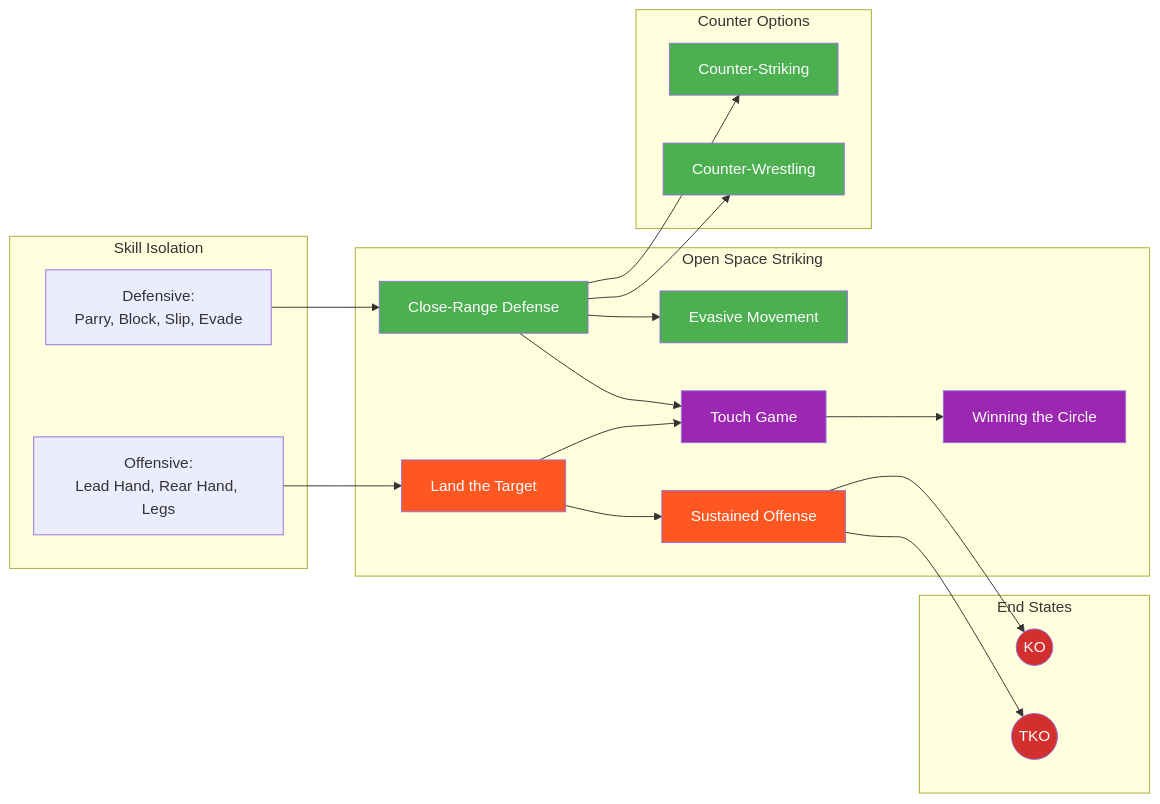
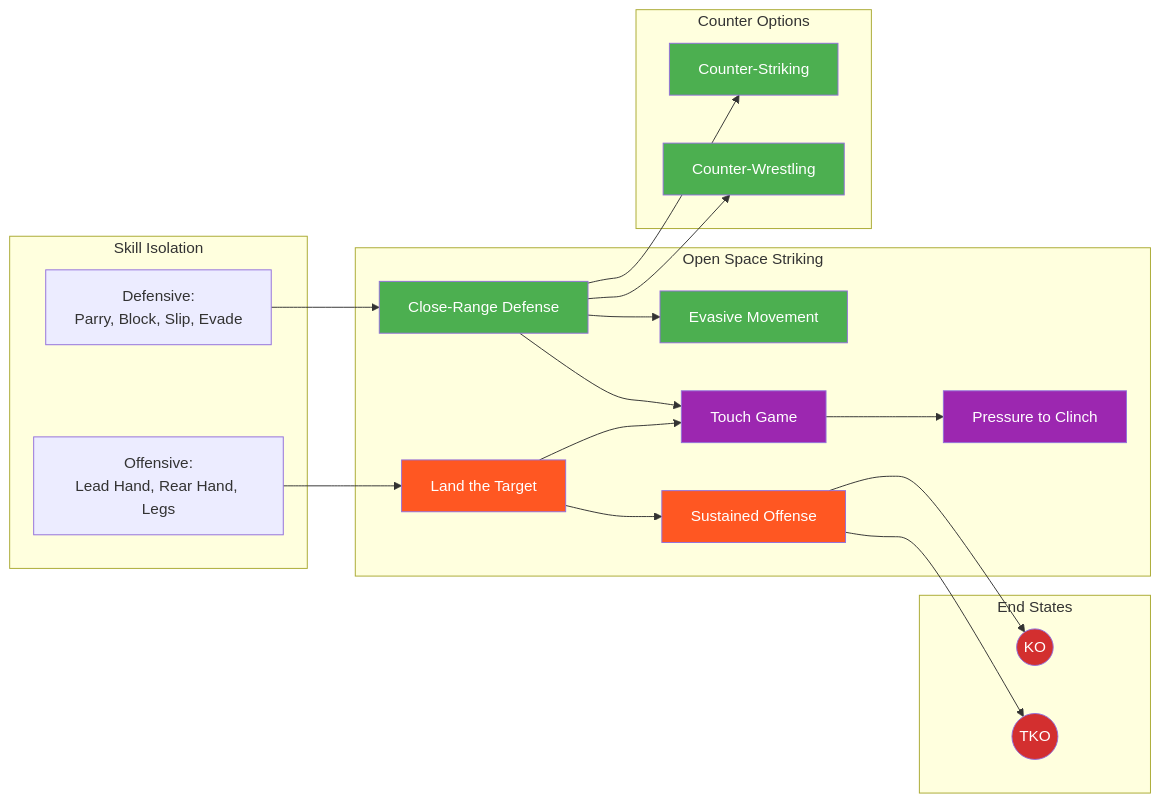
Before and after one commit to ACalienes/Ecological-MMA-Game-System: the third of 7 diagrams in docs/system/map.md, drawn with Mermaid. The commit also changed other lines of this file and 62 other files, not shown here.

````diff
--- a/docs/system/map.md
+++ b/docs/system/map.md
@@ -275,49 +269,49 @@
 ```mermaid
 flowchart LR
     subgraph SKILL["Skill Isolation"]
         DEF_SK[Defensive:<br/>Parry, Block, Slip, Evade]
         OFF_SK[Offensive:<br/>Lead Hand, Rear Hand, Legs]
     end
 
     subgraph STRIKING["Open Space Striking"]
         CRD[Close-Range Defense]
         EM[Evasive Movement]
         LT[Land the Target]
         SO[Sustained Offense]
         TG[Touch Game]
-        WC[Winning the Circle]
+        PC[Pressure to Clinch]
     end
 
     subgraph COUNTER["Counter Options"]
         CS[Counter-Striking]
         CW[Counter-Wrestling]
     end
 
     subgraph FINISH["End States"]
         KO((KO))
         TKO((TKO))
     end
 
     DEF_SK --> CRD
     OFF_SK --> LT
     CRD --> TG
     CRD --> EM
     CRD --> CS
     CRD --> CW
     LT --> TG
     LT --> SO
-    TG --> WC
+    TG --> PC
     SO --> KO
     SO --> TKO
 
     style CRD fill:#4CAF50,color:#fff
     style EM fill:#4CAF50,color:#fff
     style CS fill:#4CAF50,color:#fff
     style CW fill:#4CAF50,color:#fff
     style LT fill:#FF5722,color:#fff
     style SO fill:#FF5722,color:#fff
     style TG fill:#9C27B0,color:#fff
-    style WC fill:#9C27B0,color:#fff
+    style PC fill:#9C27B0,color:#fff
     style KO fill:#D32F2F,color:#fff
     style TKO fill:#D32F2F,color:#fff
 ```
````
